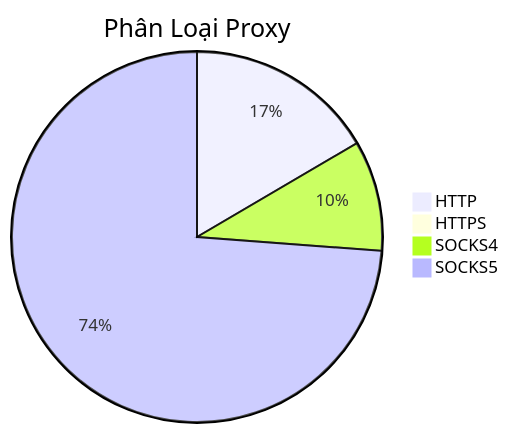
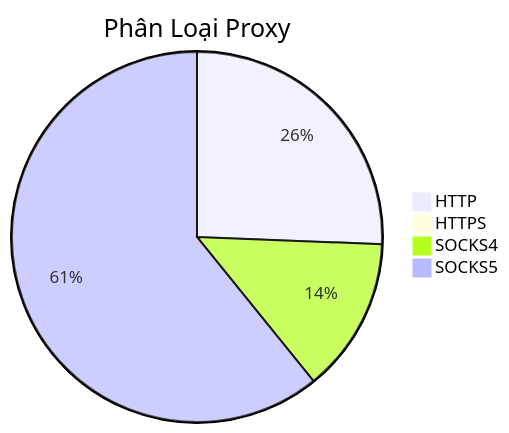
Before and after one commit to Ciara-Aa/PROXY-free: the diagram in README.md, drawn with Mermaid. The commit also changed other lines of this file and 4 other files, not shown here.

````diff
--- a/README.md
+++ b/README.md
@@ -26,7 +26,7 @@
 ```mermaid
 pie title Phân Loại Proxy
-    "HTTP" : 503
-    "HTTPS" : 4
-    "SOCKS4" : 293
-    "SOCKS5" : 2243
+    "HTTP" : 569
+    "HTTPS" : 3
+    "SOCKS4" : 301
+    "SOCKS5" : 1351
 ```
````
